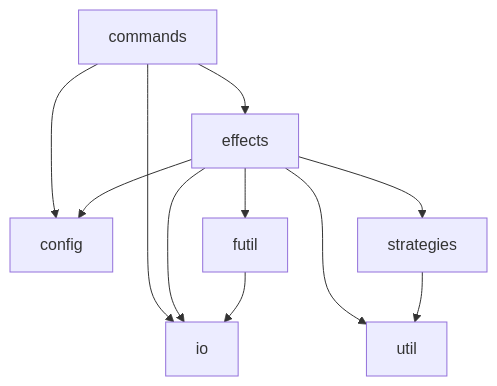
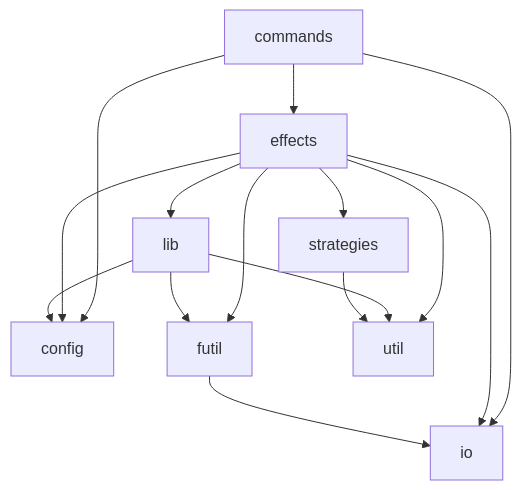
Before and after one commit to mattriley/node-module-indexgen: the diagram in README.md, drawn with Mermaid. The commit also changed other lines of this file and 6 other files, not shown here.

````diff
--- a/README.md
+++ b/README.md
@@ -101,13 +101,17 @@
 ```mermaid
 graph TD;
     commands-->effects;
     commands-->io;
     commands-->config;
+    effects-->lib;
     effects-->config;
     effects-->io;
     effects-->futil;
     effects-->util;
     effects-->strategies;
     futil-->io;
+    lib-->futil;
+    lib-->util;
+    lib-->config;
     strategies-->util;
 ```
````
